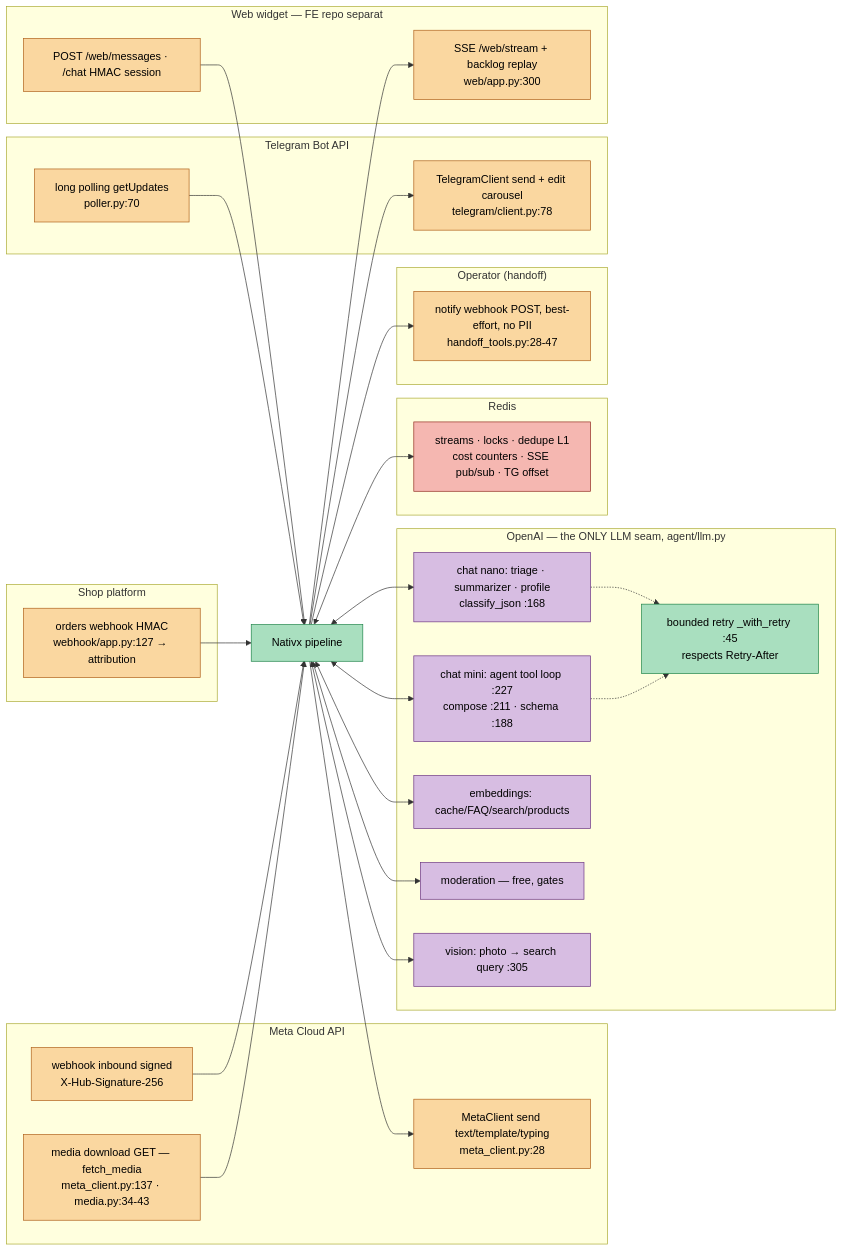
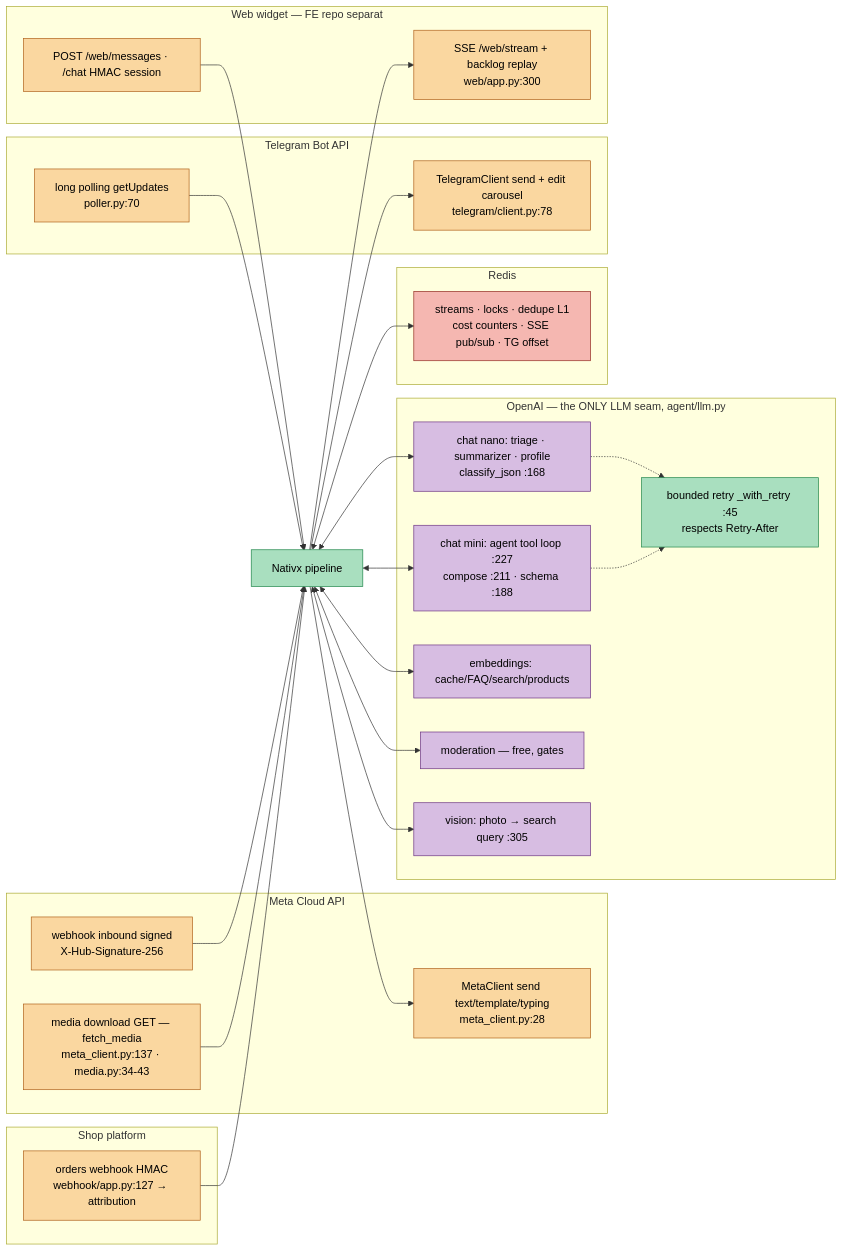
Before and after one commit to AdiBoaru/Sales-Ass: diagram 17 of 19 in docs/ARCHITECTURE-WORKFLOWS.md, drawn with Mermaid. The commit also changed other lines of this file and 57 other files, not shown here.

````diff
--- a/docs/ARCHITECTURE-WORKFLOWS.md
+++ b/docs/ARCHITECTURE-WORKFLOWS.md
@@ -1264,64 +1257,59 @@
 ```mermaid
 flowchart LR
   classDef sys fill:#a9dfbf,stroke:#1e8449,color:#000
   classDef ext fill:#fad7a0,stroke:#af601a,color:#000
   classDef llm fill:#d7bde2,stroke:#6c3483,color:#000
   classDef q fill:#f5b7b1,stroke:#922b21,color:#000
 
   subgraph OpenAI["OpenAI — the ONLY LLM seam, agent/llm.py"]
     NANO["chat nano: triage · summarizer · profile<br/>classify_json :168"]:::llm
     MINI["chat mini: agent tool loop :227<br/>compose :211 · schema :188"]:::llm
     EMBD["embeddings: cache/FAQ/search/products"]:::llm
     MOD["moderation — free, gates"]:::llm
     VISN["vision: photo → search query :305"]:::llm
     RTY["bounded retry _with_retry :45<br/>respects Retry-After"]:::sys
   end
 
   subgraph Meta["Meta Cloud API"]
     MIN["webhook inbound signed<br/>X-Hub-Signature-256"]:::ext
     MOUT["MetaClient send text/template/typing<br/>meta_client.py:28"]:::ext
     MMED["media download GET — fetch_media<br/>meta_client.py:137 · media.py:34-43"]:::ext
-  end
-
-  subgraph Operator["Operator (handoff)"]
-    OPW["notify webhook POST, best-effort, no PII<br/>handoff_tools.py:28-47"]:::ext
   end
 
   subgraph TG["Telegram Bot API"]
     TIN["long polling getUpdates<br/>poller.py:70"]:::ext
     TOUT["TelegramClient send + edit carousel<br/>telegram/client.py:78"]:::ext
   end
 
   subgraph Web["Web widget — FE repo separat"]
     WIN["POST /web/messages · /chat HMAC session"]:::ext
     WOUT2["SSE /web/stream + backlog replay<br/>web/app.py:300"]:::ext
   end
 
   subgraph Shop["Shop platform"]
     OIN["orders webhook HMAC<br/>webhook/app.py:127 → attribution"]:::ext
   end
 
   subgraph RedisSvc["Redis"]
     RS["streams · locks · dedupe L1<br/>cost counters · SSE pub/sub · TG offset"]:::q
   end
 
   SYS["Nativx pipeline"]:::sys
 
   MIN --> SYS
   TIN --> SYS
   WIN --> SYS
   OIN --> SYS
   MMED --> SYS
-  SYS --> OPW
   SYS --> MOUT
   SYS --> TOUT
   SYS --> WOUT2
   SYS <--> RS
   SYS <--> NANO
   SYS <--> MINI
   SYS <--> EMBD
   SYS <--> MOD
   SYS <--> VISN
   NANO -.-> RTY
   MINI -.-> RTY
 ```
````
